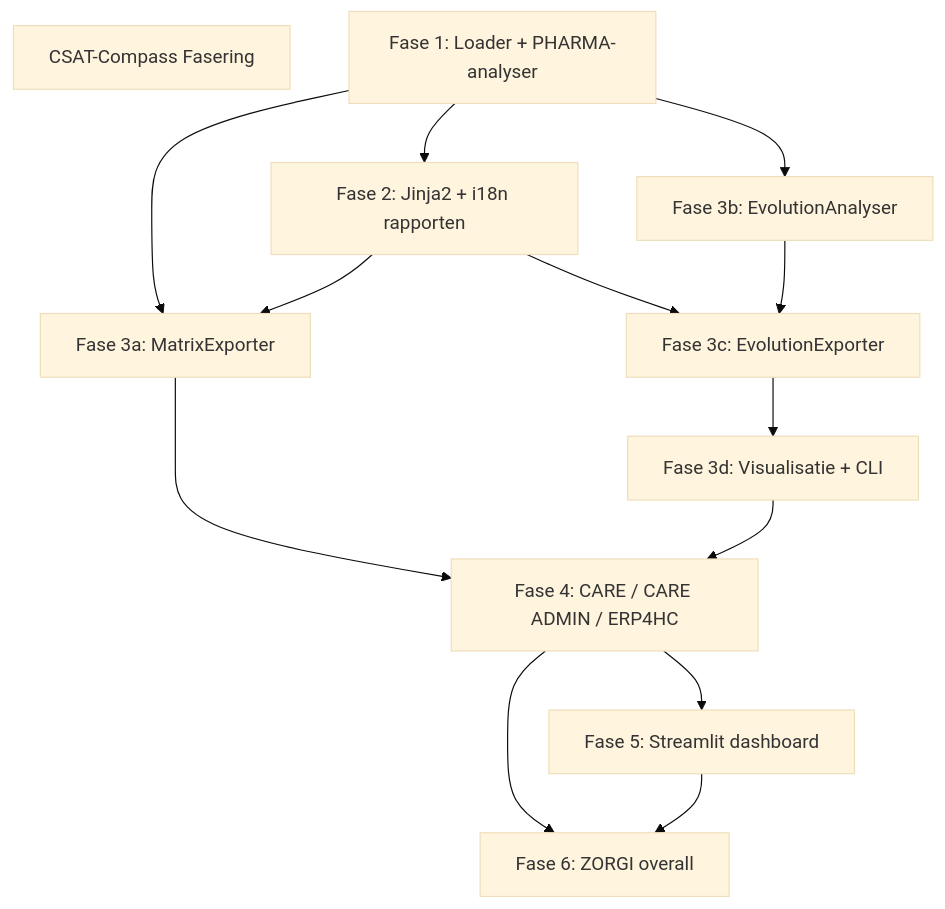
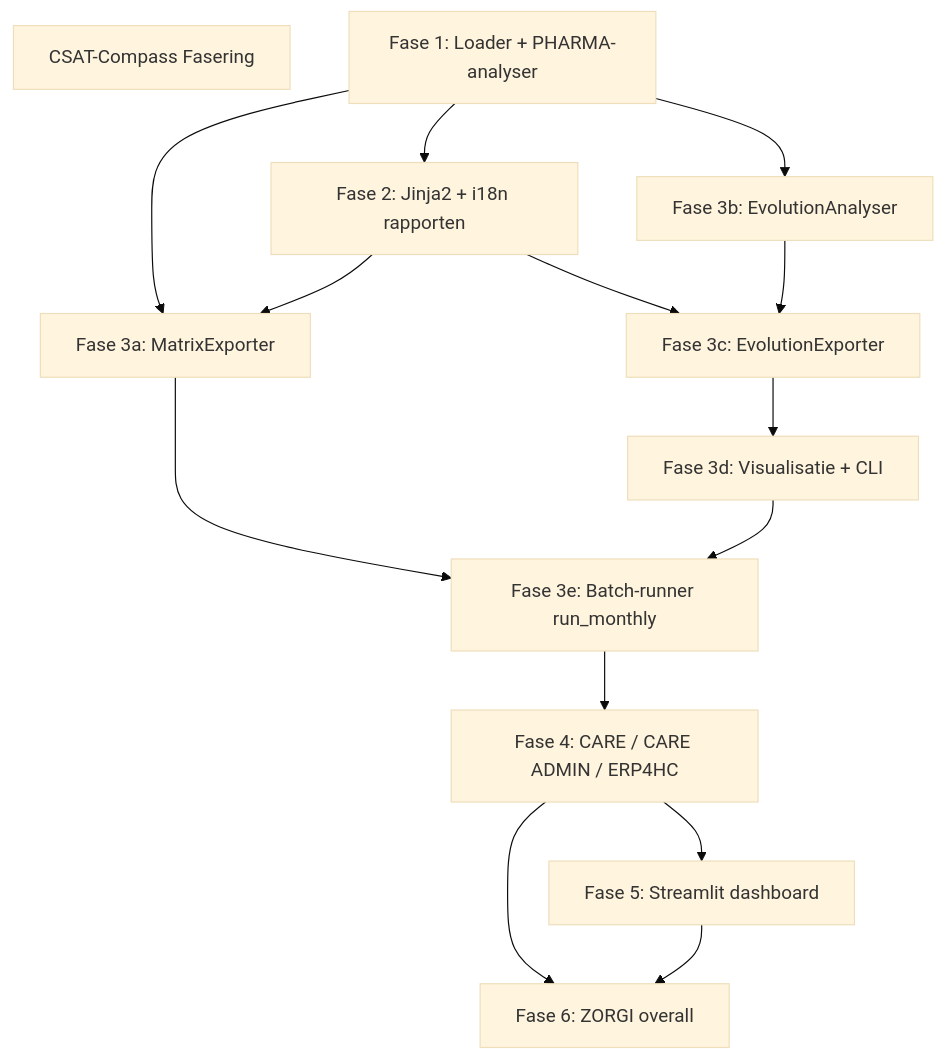
One commit to ZorgiDannyDepecker/CSAT-Compass changed the diagram in docs/02-tactisch/implementatie-gids.md. Above: the diagram before and after it, drawn with Mermaid (base theme). The commit also changed other lines of this file and 13 other files, not shown here.

````diff
--- a/docs/02-tactisch/implementatie-gids.md
+++ b/docs/02-tactisch/implementatie-gids.md
@@ -71,26 +73,28 @@
 ```mermaid
 graph TD
     title[CSAT-Compass Fasering]
     F1[Fase 1: Loader + PHARMA-analyser]
     F2[Fase 2: Jinja2 + i18n rapporten]
     F3a[Fase 3a: MatrixExporter]
     F3b[Fase 3b: EvolutionAnalyser]
     F3c[Fase 3c: EvolutionExporter]
     F3d[Fase 3d: Visualisatie + CLI]
+    F3e[Fase 3e: Batch-runner run_monthly]
     F4[Fase 4: CARE / CARE ADMIN / ERP4HC]
     F5[Fase 5: Streamlit dashboard]
     F6[Fase 6: ZORGI overall]
 
     F1 --> F2
     F1 --> F3a
     F2 --> F3a
     F1 --> F3b
     F2 --> F3c
     F3b --> F3c
     F3c --> F3d
-    F3a --> F4
-    F3d --> F4
+    F3a --> F3e
+    F3d --> F3e
+    F3e --> F4
     F4 --> F5
     F4 --> F6
     F5 --> F6
 ```
````
